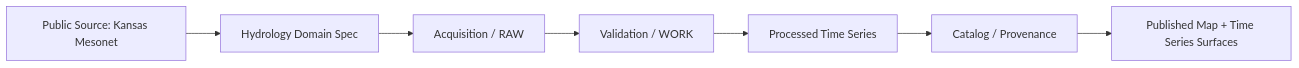
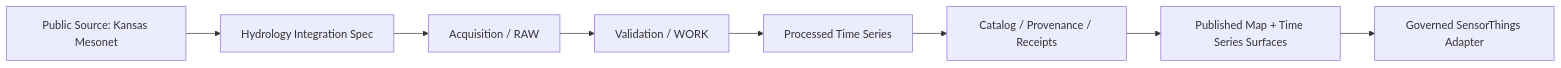
The first of 3 diagrams in docs/domains/hydrology/mesonet-soil.md (bartytime4life/Kansas-Frontier-Matrix), drawn with Mermaid before and after one commit. The commit also changed other lines of this file, not shown here.

````diff
--- a/docs/domains/hydrology/mesonet-soil.md
+++ b/docs/domains/hydrology/mesonet-soil.md
@@ -139,9 +162,10 @@
 ```mermaid
 flowchart LR
-    A[Public Source: Kansas Mesonet] --> B[Hydrology Domain Spec]
+    A[Public Source: Kansas Mesonet] --> B[Hydrology Integration Spec]
     B --> C[Acquisition / RAW]
     C --> D[Validation / WORK]
     D --> E[Processed Time Series]
-    E --> F[Catalog / Provenance]
+    E --> F[Catalog / Provenance / Receipts]
     F --> G[Published Map + Time Series Surfaces]
+    G --> H[Governed SensorThings Adapter]
 ```
````
